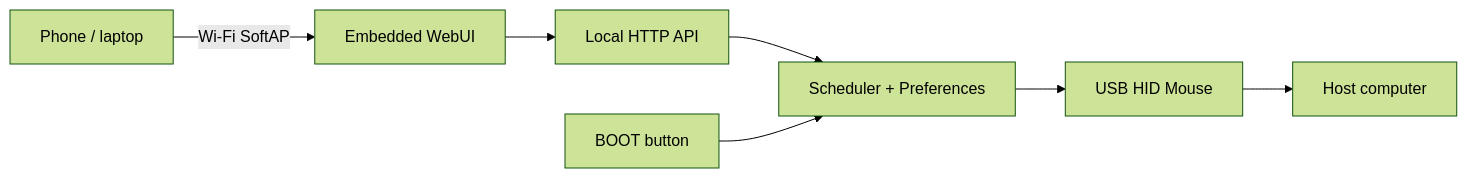
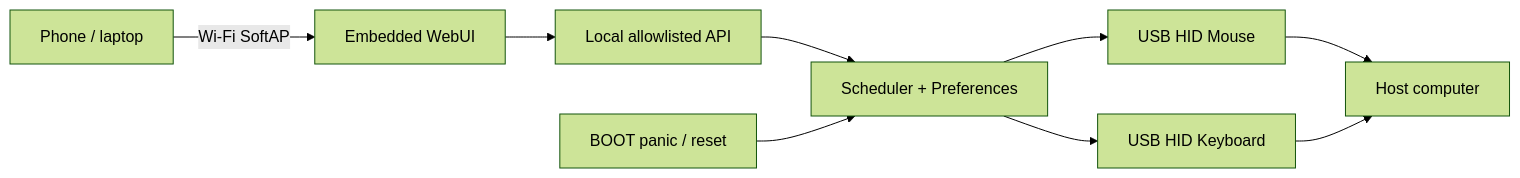
Before and after one commit to oddyutza/Gremlino: the diagram in README.md, drawn with Mermaid (forest theme). The commit also changed other lines of this file and 5 other files, not shown here.

````diff
--- a/README.md
+++ b/README.md
@@ -230,9 +219,11 @@
 ```mermaid
 flowchart LR
     Client[Phone / laptop] -->|Wi-Fi SoftAP| UI[Embedded WebUI]
-    UI --> API[Local HTTP API]
+    UI --> API[Local allowlisted API]
     API --> State[Scheduler + Preferences]
-    Boot[BOOT button] --> State
-    State --> HID[USB HID Mouse]
-    HID --> Host[Host computer]
+    Boot[BOOT panic / reset] --> State
+    State --> Mouse[USB HID Mouse]
+    State --> Keyboard[USB HID Keyboard]
+    Mouse --> Host[Host computer]
+    Keyboard --> Host
 ```
````
